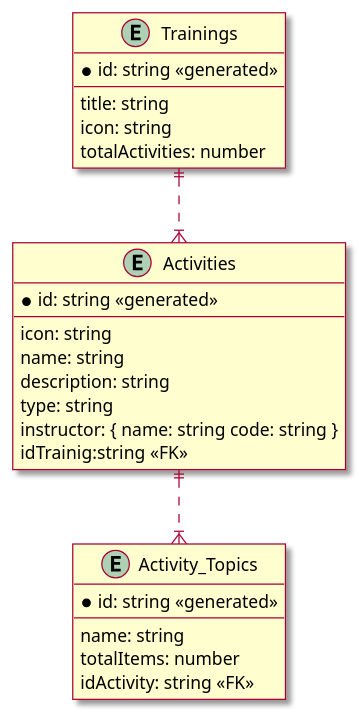
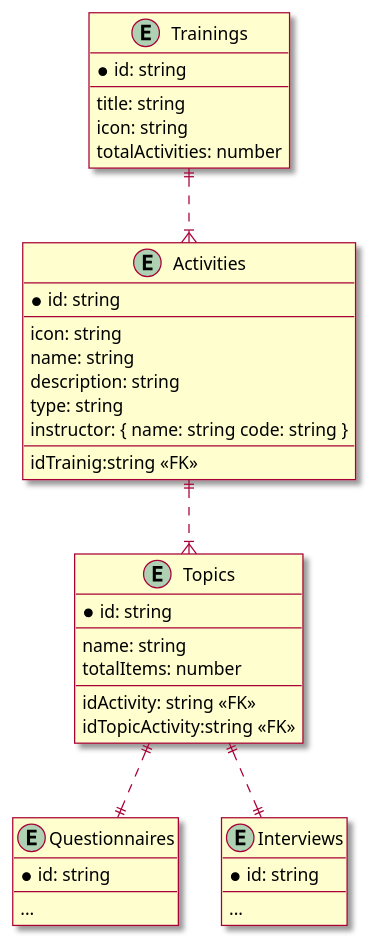
One commit to andres07franco/trainmind-app changed the diagram in docs/trainmind.entity-relationship.plantuml. Above: the diagram before and after it, drawn with PlantUML. The commit also changed 30 other files, not shown here.

```diff
--- a/docs/trainmind.entity-relationship.plantuml
+++ b/docs/trainmind.entity-relationship.plantuml
@@ -1,38 +1,53 @@
 @startuml Trainmind Relationship
 
 skin rose
 
 
 entity "Trainings" as e01 {
-  *id: string <<generated>>
+  *id: string
   --
   title: string
   icon: string
   totalActivities: number
 }
 
 entity "Activities" as e02 {
-  *id: string <<generated>>
+  *id: string
   --
   icon: string
   name: string
   description: string
   type: string
   instructor: { name: string code: string }
+  --
   idTrainig:string <<FK>>
 }
 
-entity "Activity_Topics" as e03 {
-  *id: string <<generated>>
+entity "Topics" as e03 {
+  *id: string
   --
   name: string
   totalItems: number
+  --
   idActivity: string <<FK>>
+  idTopicActivity:string <<FK>>
 }
 
+entity "Questionnaires" as e04 {
+  *id: string
+  --
+  ...
+}
 
+entity "Interviews" as e05 {
+  *id: string
+  --
+  ...
+}
 
 e01 ||..|{ e02
 e02 ||..|{ e03
+e03 ||..|| e04
+e03 ||..|| e05
 
 @enduml
```
